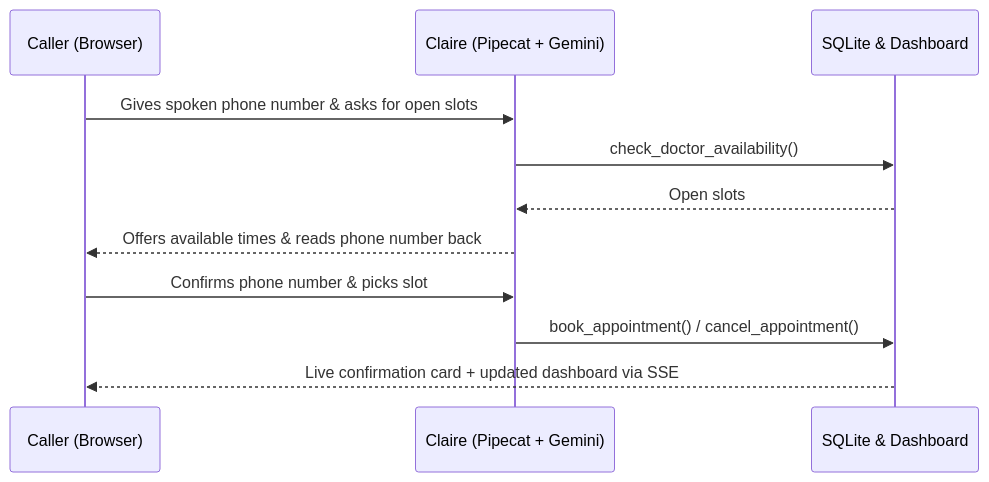
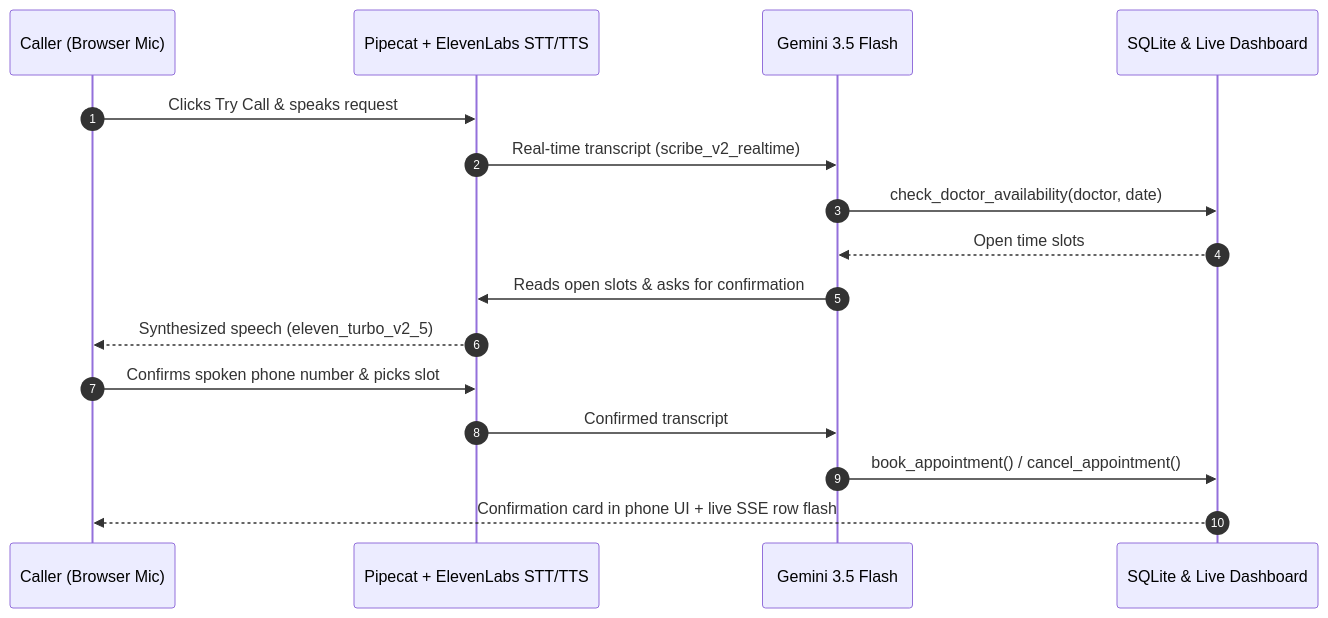
Before and after one commit to 26Utkarsh/Alderbrook-AI-Reception: the second of 2 diagrams in README.md, drawn with Mermaid. The commit also changed other lines of this file, not shown here.

Commit message:
Polish README with badges, Mermaid subgraphs, workflow, tables, clone and setup guide

````diff
--- a/README.md
+++ b/README.md
@@ -24,14 +52,20 @@
 ```mermaid
 sequenceDiagram
-    participant C as Caller (Browser)
-    participant A as Claire (Pipecat + Gemini)
-    participant D as SQLite & Dashboard
+    autonumber
+    participant Caller as Caller (Browser Mic)
+    participant Voice as Pipecat + ElevenLabs STT/TTS
+    participant LLM as Gemini 3.5 Flash
+    participant Store as SQLite & Live Dashboard
 
-    C->>A: Gives spoken phone number & asks for open slots
-    A->>D: check_doctor_availability()
-    D-->>A: Open slots
-    A-->>C: Offers available times & reads phone number back
-    C->>A: Confirms phone number & picks slot
-    A->>D: book_appointment() / cancel_appointment()
-    D-->>C: Live confirmation card + updated dashboard via SSE
+    Caller->>Voice: Clicks Try Call & speaks request
+    Voice->>LLM: Real-time transcript (scribe_v2_realtime)
+    LLM->>Store: check_doctor_availability(doctor, date)
+    Store-->>LLM: Open time slots
+    LLM->>Voice: Reads open slots & asks for confirmation
+    Voice-->>Caller: Synthesized speech (eleven_turbo_v2_5)
+
+    Caller->>Voice: Confirms spoken phone number & picks slot
+    Voice->>LLM: Confirmed transcript
+    LLM->>Store: book_appointment() / cancel_appointment()
+    Store-->>Caller: Confirmation card in phone UI + live SSE row flash
 ```
````
